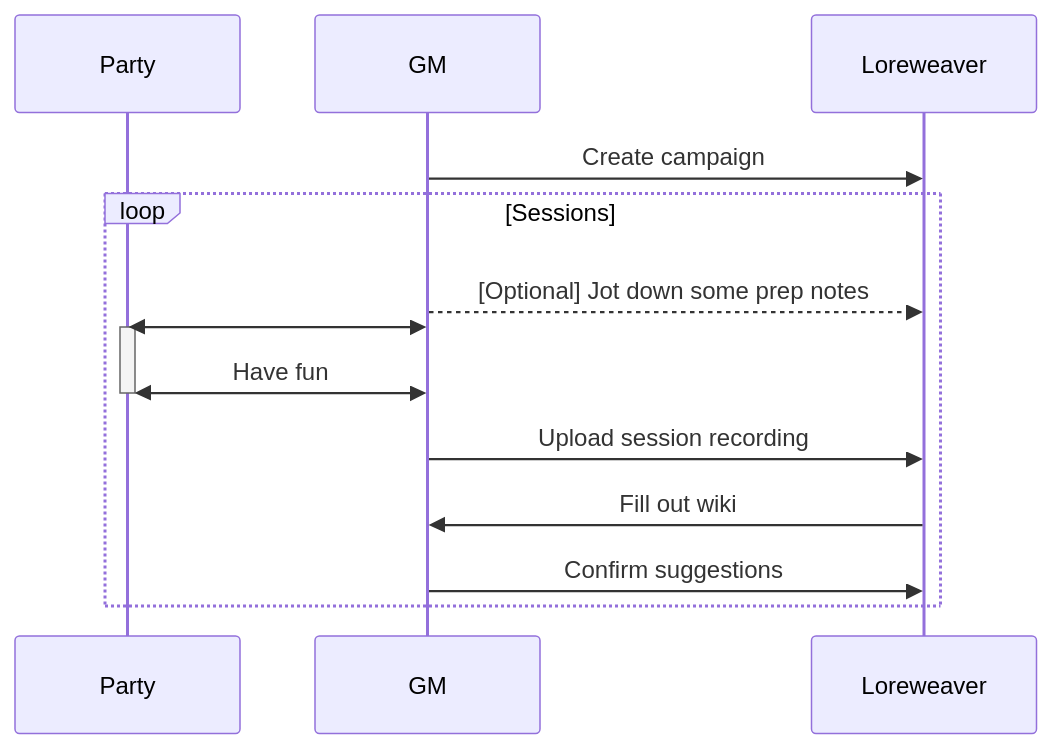
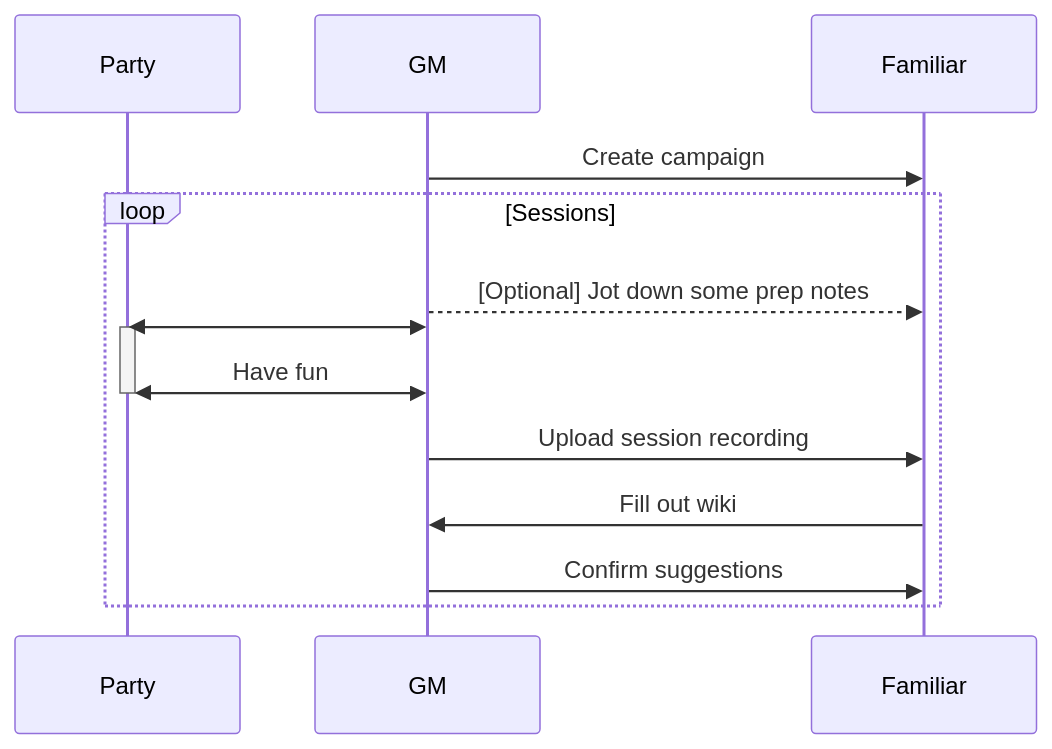
The diagram in apps/site/src/content/blog/en/2026-02-20-the-vision.mdx (familiar-systems/familiar), drawn with Mermaid before and after one commit. The commit also changed other lines of this file and 33 other files, not shown here.

````diff
--- a/apps/site/src/content/blog/en/2026-02-20-the-vision.mdx
+++ b/apps/site/src/content/blog/en/2026-02-20-the-vision.mdx
@@ -28,18 +28,18 @@
 ```mermaid
 sequenceDiagram
     participant Party
     participant GM
-    participant Loreweaver
-    GM->>Loreweaver: Create campaign
+    participant Familiar
+    GM->>Familiar: Create campaign
     loop Sessions
-        GM-->>Loreweaver: [Optional] Jot down some prep notes
+        GM-->>Familiar: [Optional] Jot down some prep notes
         GM<<->>Party:
         activate Party
         GM<<->>Party: Have fun
         deactivate Party
-        GM->>Loreweaver: Upload session recording
-        Loreweaver->>GM: Fill out wiki
-        GM->>Loreweaver: Confirm suggestions
+        GM->>Familiar: Upload session recording
+        Familiar->>GM: Fill out wiki
+        GM->>Familiar: Confirm suggestions
     end
 
 ```
````
